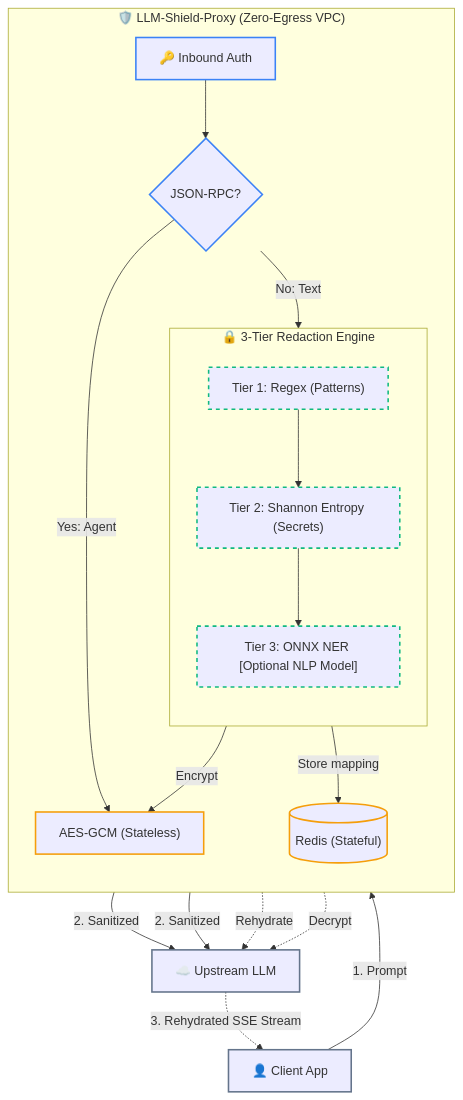
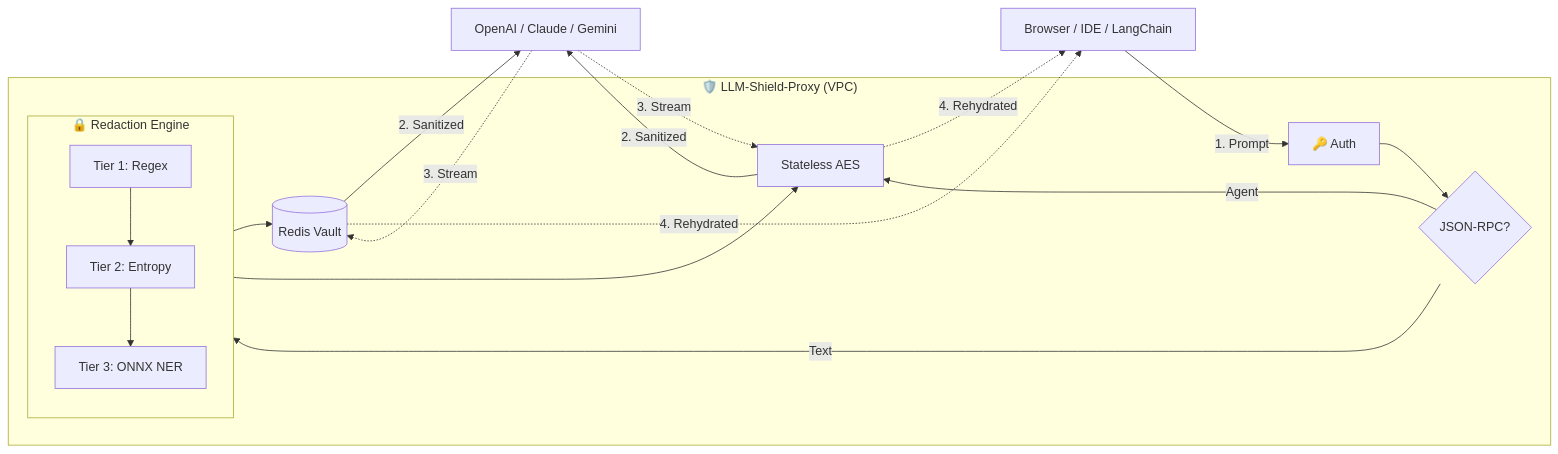
Before and after one commit to ninadphalak/LLM-Shield-Proxy: the second of 2 diagrams in README.md, drawn with Mermaid. The commit also changed other lines of this file and 3 other files, not shown here.

Commit message:
docs: streamline mermaid diagrams and remove hardcoded styling

````diff
--- a/README.md
+++ b/README.md
@@ -230,46 +220,38 @@
 ```mermaid
-flowchart TD
-    classDef default stroke:#64748b,stroke-width:2px
-    classDef proxy stroke:#3b82f6,stroke-width:2px
-    classDef vault stroke:#f59e0b,stroke-width:2px
-    classDef engine stroke:#10b981,stroke-width:2px,stroke-dasharray: 5 5
-
-    UserApp["👤 Client App"]
-    UpstreamLLM["☁️ Upstream LLM"]
-
-    subgraph SecurityMoat ["🛡️ LLM-Shield-Proxy (Zero-Egress VPC)"]
-        direction TD
-        Auth["🔑 Inbound Auth"]:::proxy
-        Router{"JSON-RPC?"}:::proxy
+flowchart LR
+    Client["Browser / IDE / LangChain"]
+    LLM["OpenAI / Claude / Gemini"]
+    
+    subgraph Proxy ["🛡️ LLM-Shield-Proxy (VPC)"]
+        Auth["🔑 Auth"]
+        Router{"JSON-RPC?"}
         
-        subgraph CascadeEngine ["🔒 3-Tier Redaction Engine"]
+        subgraph Engine ["🔒 Redaction Engine"]
             direction TB
-            Tier1["Tier 1: Regex (Patterns)"]:::engine
-            Tier2["Tier 2: Shannon Entropy (Secrets)"]:::engine
-            Tier3["Tier 3: ONNX NER [Optional NLP Model]"]:::engine
-            Tier1 --> Tier2 --> Tier3
+            T1["Tier 1: Regex"]
+            T2["Tier 2: Entropy"]
+            T3["Tier 3: ONNX NER"]
+            T1 --> T2 --> T3
         end
         
-        Redis[("Redis (Stateful)")]:::vault
-        AES["AES-GCM (Stateless)"]:::vault
-        
+        Redis[("Redis Vault")]
+        AES["Stateless AES"]
     end
-
-    %% Inbound Flow
-    UserApp -->|1. Prompt| Auth
+    
+    Client -->|1. Prompt| Auth
     Auth --> Router
+    Router -->|Text| Engine
+    Router -->|Agent| AES
     
-    Router -->|No: Text| CascadeEngine
-    Router -->|Yes: Agent| AES
+    Engine --> Redis
+    Engine --> AES
     
-    CascadeEngine -->|Store mapping| Redis
-    CascadeEngine -->|Encrypt| AES
+    Redis -->|2. Sanitized| LLM
+    AES -->|2. Sanitized| LLM
     
-    Redis -->|2. Sanitized| UpstreamLLM
-    AES -->|2. Sanitized| UpstreamLLM
-
-    %% Outbound Flow
-    UpstreamLLM -.->|3. Rehydrated SSE Stream| UserApp
-    Redis -.->|Rehydrate| UpstreamLLM
-    AES -.->|Decrypt| UpstreamLLM
+    LLM -.->|3. Stream| Redis
+    LLM -.->|3. Stream| AES
+    
+    Redis -.->|4. Rehydrated| Client
+    AES -.->|4. Rehydrated| Client
 ```
````
